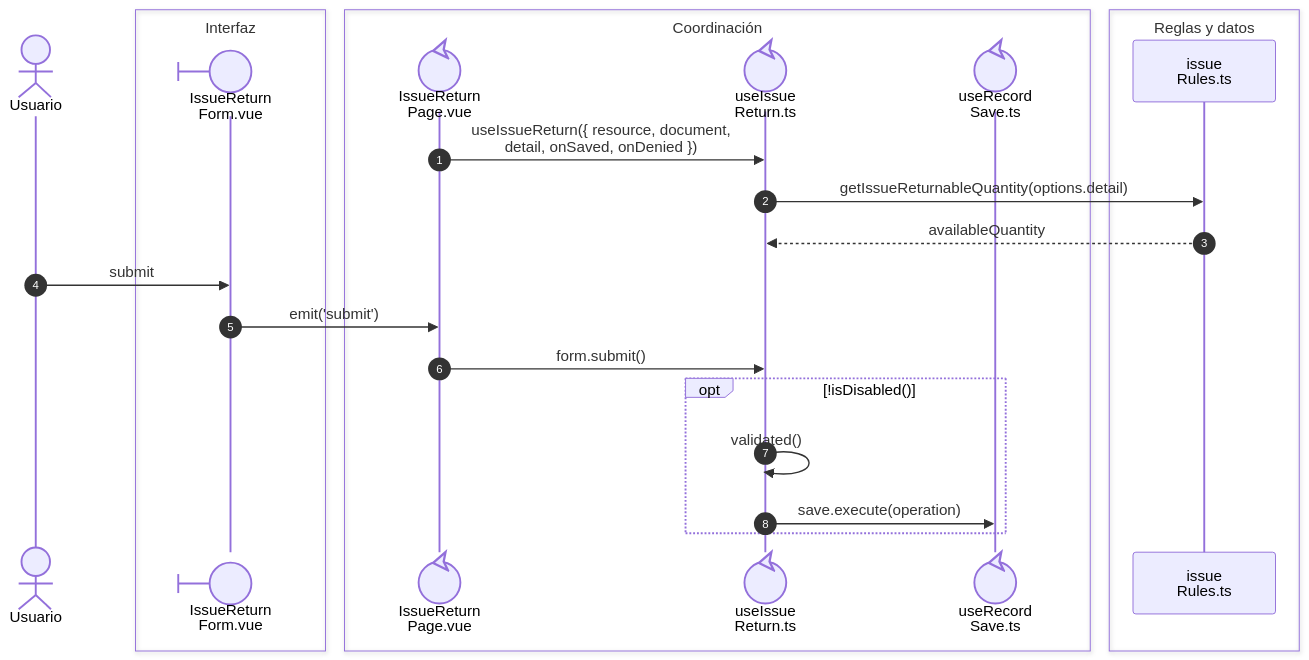
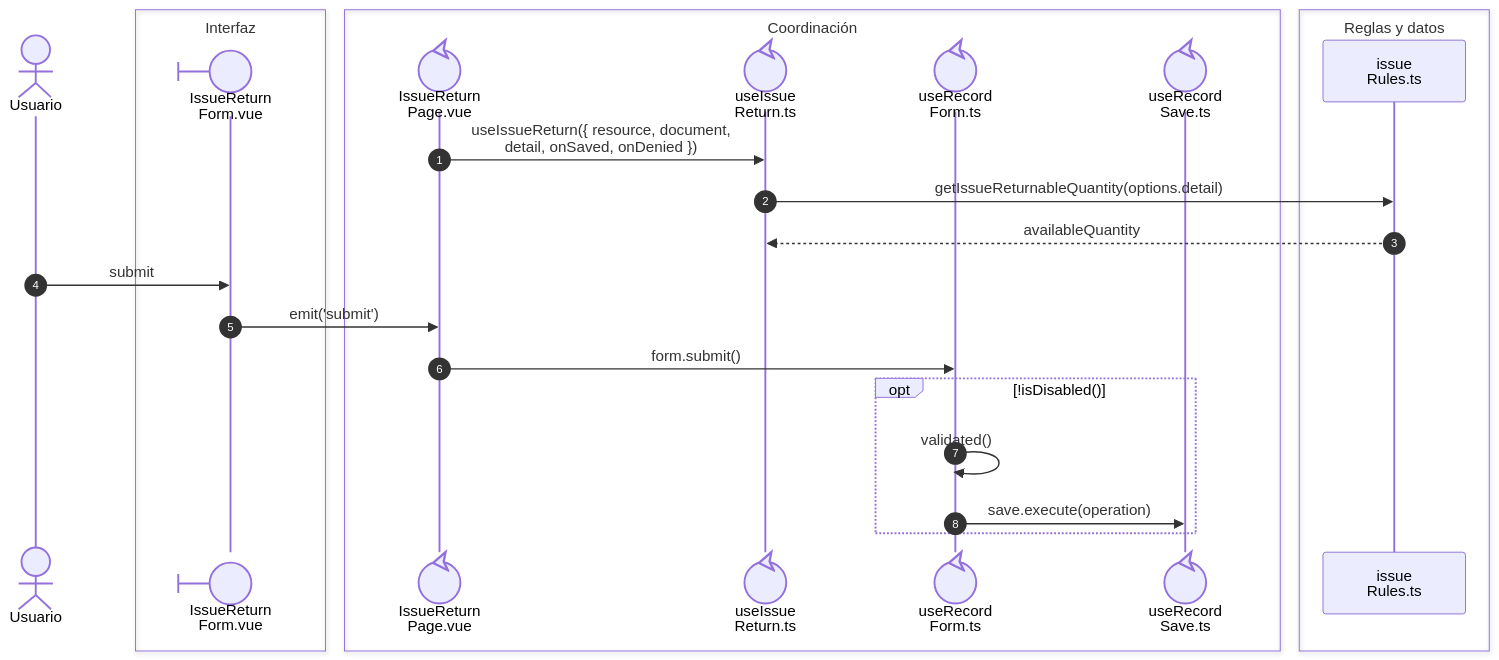
One commit to gpgsistemas01/nexus changed the first of 2 diagrams in front/docs/architecture/views/processes/07-issues/03-issue-return.md. Above: the diagram before and after it, drawn with Mermaid. The commit also changed other lines of this file and 82 other files, not shown here.

````diff
--- a/front/docs/architecture/views/processes/07-issues/03-issue-return.md
+++ b/front/docs/architecture/views/processes/07-issues/03-issue-return.md
@@ -9,26 +9,27 @@
 ```mermaid
 sequenceDiagram
     autonumber
     actor U as Usuario
     box Interfaz
     participant Form@{ "type": "boundary" } as IssueReturn<br/>Form.vue
     end
     box Coordinación
     participant Page@{ "type": "control" } as IssueReturn<br/>Page.vue
     participant Return@{ "type": "control" } as useIssue<br/>Return.ts
+    participant Record@{ "type": "control" } as useRecord<br/>Form.ts
     participant Save@{ "type": "control" } as useRecord<br/>Save.ts
     end
     box Reglas y datos
     participant Rules as issue<br/>Rules.ts
     end
     Page->>Return: nowrap: useIssueReturn({ resource, document,<br/>detail, onSaved, onDenied })
     Return->>Rules: nowrap: getIssueReturnableQuantity(options.detail)
     Rules-->>Return: nowrap: availableQuantity
     U->>Form: nowrap: submit
     Form->>Page: nowrap: emit('submit')
-    Page->>Return: nowrap: form.submit()
+    Page->>Record: nowrap: form.submit()
     opt nowrap: !isDisabled()
-        Return->>Return: nowrap: validated()
-        Return->>Save: nowrap: save.execute(operation)
+        Record->>Record: nowrap: validated()
+        Record->>Save: nowrap: save.execute(operation)
     end
 ```
````
